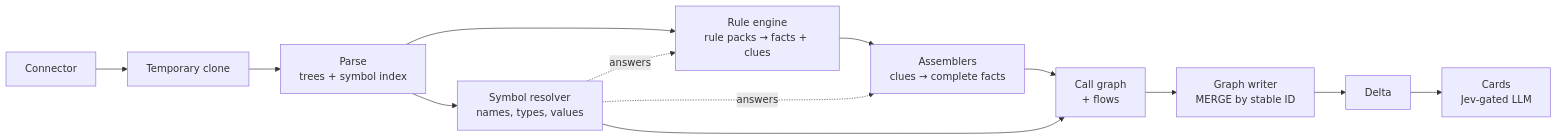
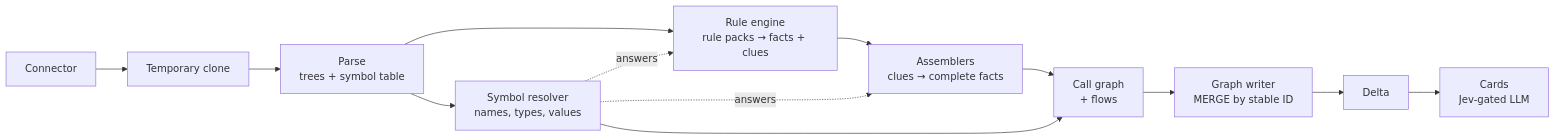
The sixth of 8 diagrams in docs/DESIGN_DOC.md (KBavis/steno), drawn with Mermaid before and after one commit. The commit also changed other lines of this file and 4 other files, not shown here.

Commit message:
feat: ensure all or nothing insertion for graph db updates

````diff
--- a/docs/DESIGN_DOC.md
+++ b/docs/DESIGN_DOC.md
@@ -228,8 +228,8 @@
 ```mermaid
 flowchart LR
-    C[Connector] --> W[Temporary clone] --> P[Parse<br/>trees + symbol index] --> X[Rule engine<br/>rule packs → facts + clues] --> A[Assemblers<br/>clues → complete facts] --> CG[Call graph<br/>+ flows]
+    C[Connector] --> W[Temporary clone] --> P[Parse<br/>trees + symbol table] --> X[Rule engine<br/>rule packs → facts + clues] --> A[Assemblers<br/>clues → complete facts] --> CG[Call graph<br/>+ flows]
     P --> SR[Symbol resolver<br/>names, types, values] -. answers .-> X
     SR -. answers .-> A
     SR --> CG
     CG --> GW[Graph writer<br/>MERGE by stable ID] --> D[Delta] --> CARD[Cards<br/>Jev-gated LLM]
 ```
````
